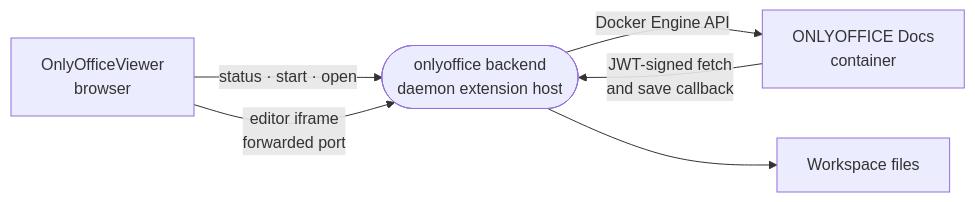
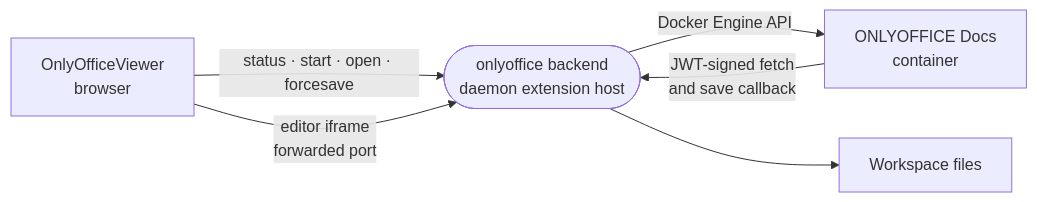
The diagram in _extensions/onlyoffice/README.md (intentic/intentic), drawn with Mermaid before and after one commit. The commit also changed other lines of this file and 21 other files, not shown here.

````diff
--- a/_extensions/onlyoffice/README.md
+++ b/_extensions/onlyoffice/README.md
@@ -5,8 +5,8 @@
 ```mermaid
 flowchart LR
-    viewer["OnlyOfficeViewer<br/>browser"] -->|"status · start · open"| ext(["onlyoffice backend<br/>daemon extension host"])
+    viewer["OnlyOfficeViewer<br/>browser"] -->|"status · start · open · forcesave"| ext(["onlyoffice backend<br/>daemon extension host"])
     ext -->|"Docker Engine API"| docs["ONLYOFFICE Docs<br/>container"]
     viewer -->|"editor iframe<br/>forwarded port"| ext
     docs -->|"JWT-signed fetch<br/>and save callback"| ext
     ext --> files["Workspace files"]
 ```
````
